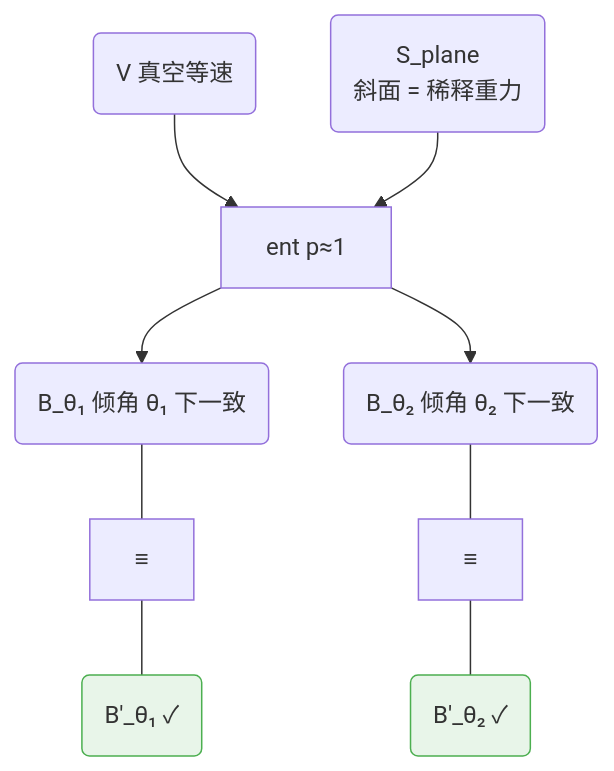
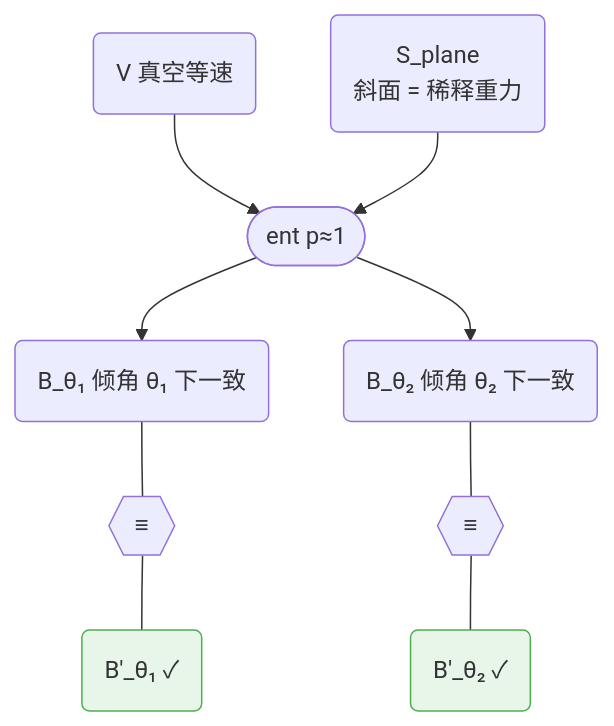
Before and after one commit to SiliconEinstein/Gaia: the ninth of 10 diagrams in docs/foundations/theory/science-formalization.md, drawn with Mermaid. The commit also changed other lines of this file, not shown here.

First line of the commit message:
docs: unify Mermaid shape conventions — stadium factors, hexagon bindings

````diff
--- a/docs/foundations/theory/science-formalization.md
+++ b/docs/foundations/theory/science-formalization.md
@@ -352,11 +352,11 @@
 ```mermaid
 graph TD
-    V("V 真空等速") --> f1["ent p≈1"]
+    V("V 真空等速") --> f1(["ent p≈1"])
     Sp("S_plane<br/>斜面 = 稀释重力") --> f1
     f1 --> Bt1("B_θ₁ 倾角 θ₁ 下一致")
     f1 --> Bt2("B_θ₂ 倾角 θ₂ 下一致")
-    Bt1 --- eq1["≡"] --- Bpt1("B'_θ₁ ✓"):::obs
-    Bt2 --- eq2["≡"] --- Bpt2("B'_θ₂ ✓"):::obs
+    Bt1 --- eq1{{"≡"}} --- Bpt1("B'_θ₁ ✓"):::obs
+    Bt2 --- eq2{{"≡"}} --- Bpt2("B'_θ₂ ✓"):::obs
 
     classDef obs fill:#e8f5e9,stroke:#4caf50
 ```
````
